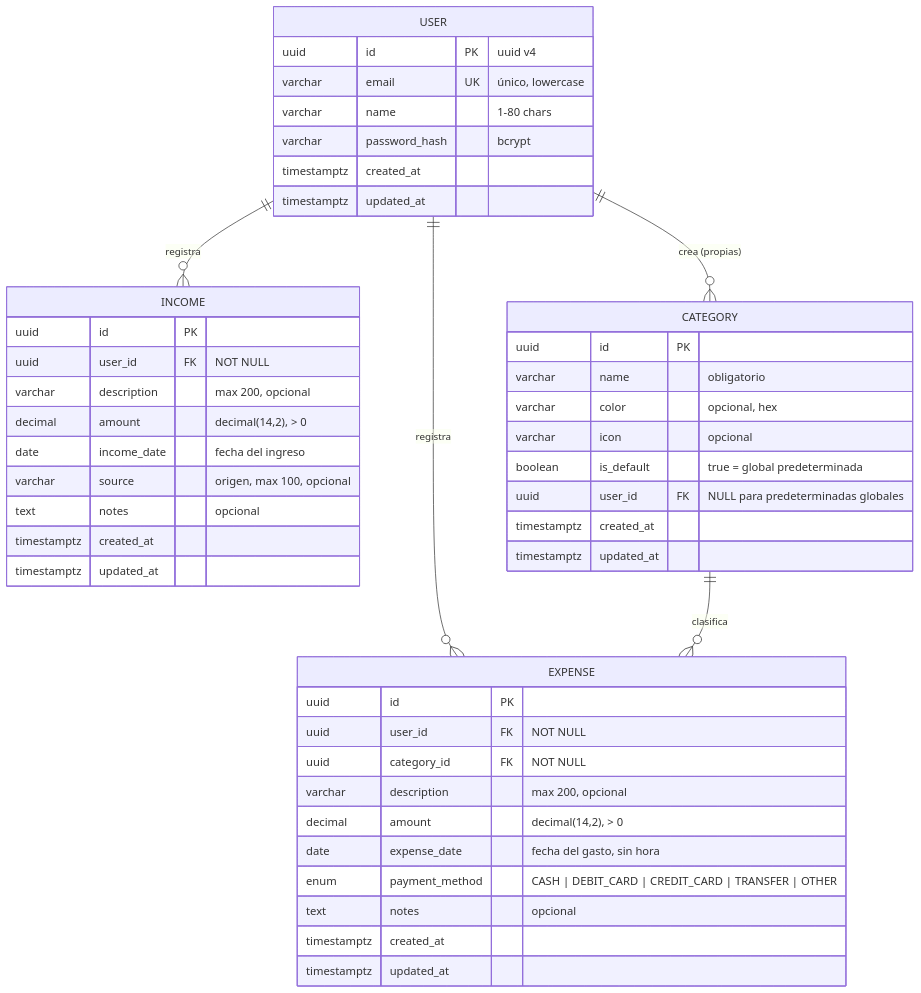
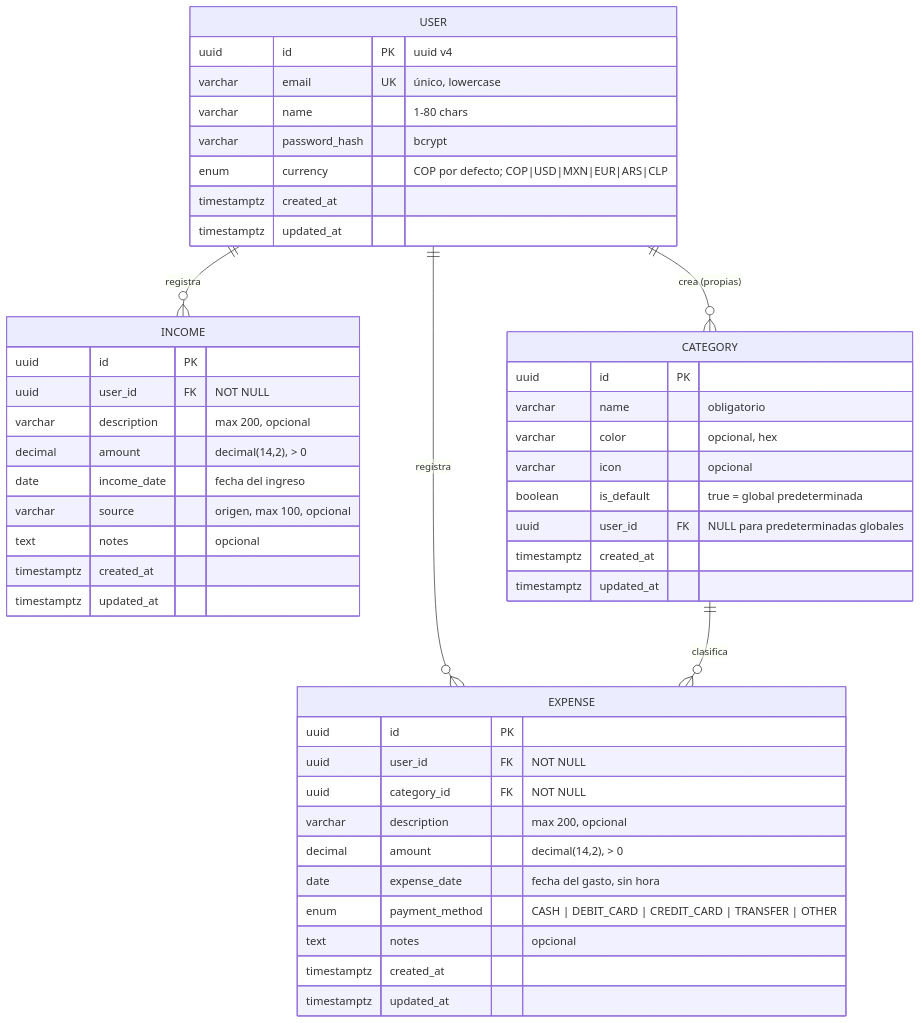
The diagram in docs/07-modelo-de-datos.md (Juanchodavid2002/KashiraFinance), drawn with Mermaid before and after one commit. The commit also changed other lines of this file and 70 other files, not shown here.

````diff
--- a/docs/07-modelo-de-datos.md
+++ b/docs/07-modelo-de-datos.md
@@ -9,52 +9,53 @@
 ```mermaid
 erDiagram
     USER ||--o{ EXPENSE : "registra"
     USER ||--o{ INCOME : "registra"
     USER ||--o{ CATEGORY : "crea (propias)"
     CATEGORY ||--o{ EXPENSE : "clasifica"
 
     USER {
         uuid id PK "uuid v4"
         varchar email UK "único, lowercase"
         varchar name "1-80 chars"
         varchar password_hash "bcrypt"
+        enum currency "COP por defecto; COP|USD|MXN|EUR|ARS|CLP"
         timestamptz created_at
         timestamptz updated_at
     }
 
     CATEGORY {
         uuid id PK
         varchar name "obligatorio"
         varchar color "opcional, hex"
         varchar icon "opcional"
         boolean is_default "true = global predeterminada"
         uuid user_id FK "NULL para predeterminadas globales"
         timestamptz created_at
         timestamptz updated_at
     }
 
     EXPENSE {
         uuid id PK
         uuid user_id FK "NOT NULL"
         uuid category_id FK "NOT NULL"
         varchar description "max 200, opcional"
         decimal amount "decimal(14,2), > 0"
         date expense_date "fecha del gasto, sin hora"
         enum payment_method "CASH | DEBIT_CARD | CREDIT_CARD | TRANSFER | OTHER"
         text notes "opcional"
         timestamptz created_at
         timestamptz updated_at
     }
 
     INCOME {
         uuid id PK
         uuid user_id FK "NOT NULL"
         varchar description "max 200, opcional"
         decimal amount "decimal(14,2), > 0"
         date income_date "fecha del ingreso"
         varchar source "origen, max 100, opcional"
         text notes "opcional"
         timestamptz created_at
         timestamptz updated_at
     }
 ```
````
